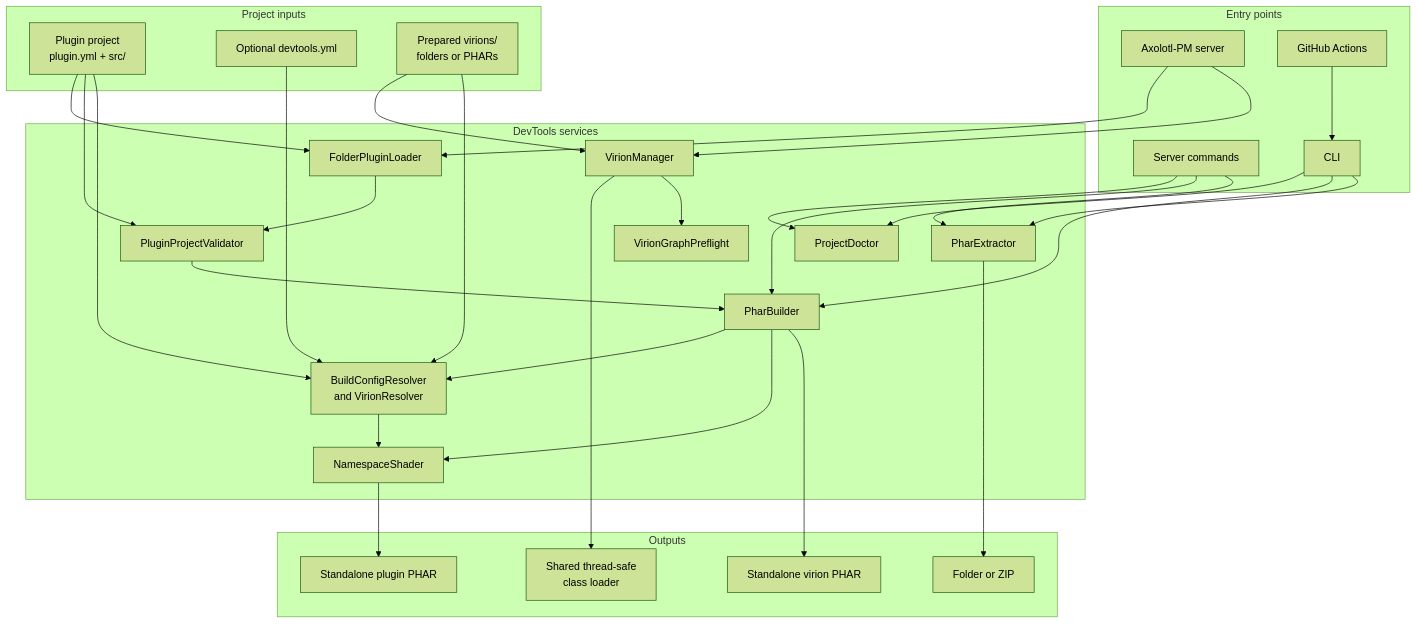
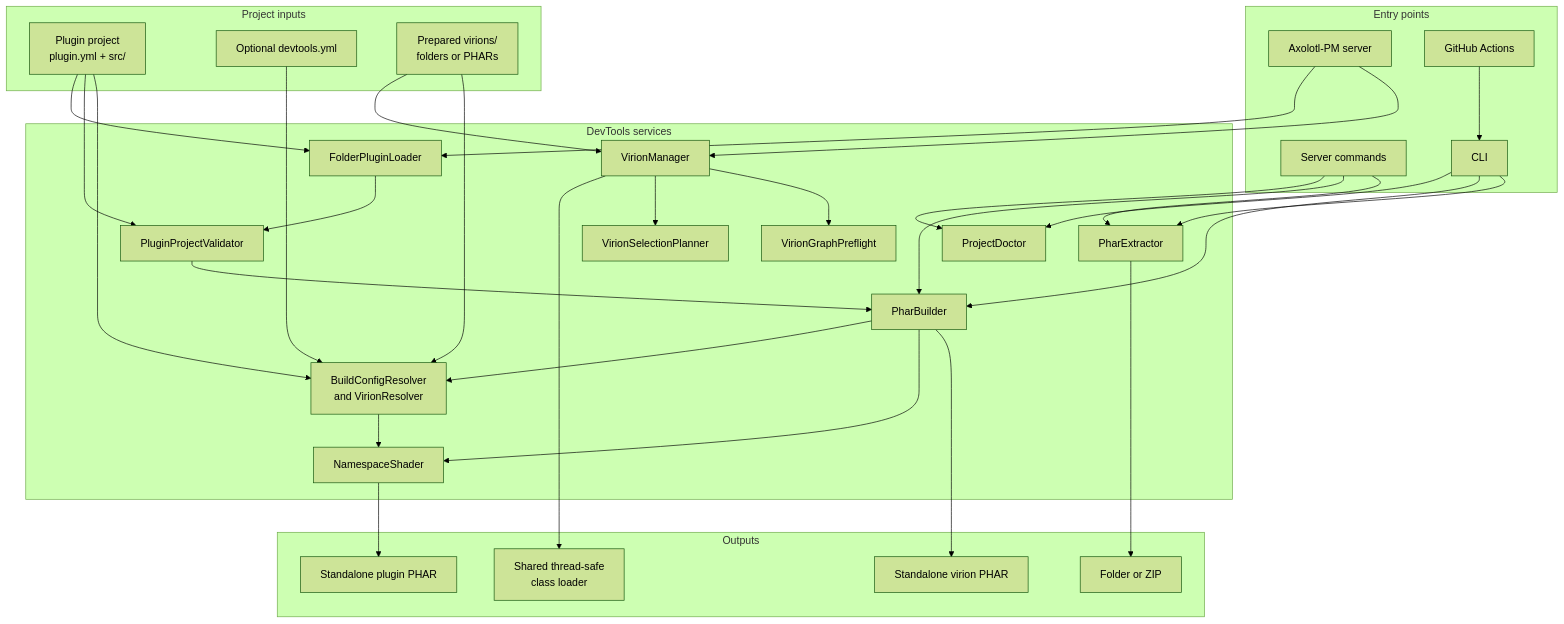
Before and after one commit to AxolotlBucketLabs/DevTools: the diagram in ARCHITECTURE.md, drawn with Mermaid (forest theme). The commit also changed other lines of this file and 4 other files, not shown here.

````diff
--- a/ARCHITECTURE.md
+++ b/ARCHITECTURE.md
@@ -9,60 +9,62 @@
 ```mermaid
 flowchart TB
     subgraph Inputs["Project inputs"]
         Plugin["Plugin project<br/>plugin.yml + src/"]
         Config["Optional devtools.yml"]
         Virions["Prepared virions/<br/>folders or PHARs"]
     end
 
     subgraph EntryPoints["Entry points"]
         Server["Axolotl-PM server"]
         Commands["Server commands"]
         CLI["CLI"]
         Actions["GitHub Actions"]
     end
 
     subgraph DevTools["DevTools services"]
         Loader["FolderPluginLoader"]
         Validation["PluginProjectValidator"]
         Manager["VirionManager"]
+        Selection["VirionSelectionPlanner"]
         Preflight["VirionGraphPreflight"]
         Doctor["ProjectDoctor"]
         Resolver["BuildConfigResolver<br/>and VirionResolver"]
         Builder["PharBuilder"]
         Shader["NamespaceShader"]
         Extractor["PharExtractor"]
     end
 
     subgraph Outputs["Outputs"]
         ClassLoader["Shared thread-safe<br/>class loader"]
         PluginPhar["Standalone plugin PHAR"]
         VirionPhar["Standalone virion PHAR"]
         Extracted["Folder or ZIP"]
     end
 
     Server --> Loader
     Server --> Manager
     Plugin --> Loader
     Plugin --> Validation
     Loader --> Validation
     Validation --> Builder
     Virions --> Manager
     Virions --> Resolver
     Plugin --> Resolver
     Config --> Resolver
     Manager --> ClassLoader
+    Manager --> Selection
     Manager --> Preflight
     Commands --> Doctor
     CLI --> Doctor
     Commands --> Builder
     CLI --> Builder
     Actions --> CLI
     Builder --> Resolver
     Builder --> Shader
     Resolver --> Shader
     Shader --> PluginPhar
     Builder --> VirionPhar
     Commands --> Extractor
     CLI --> Extractor
     Extractor --> Extracted
 ```
````
